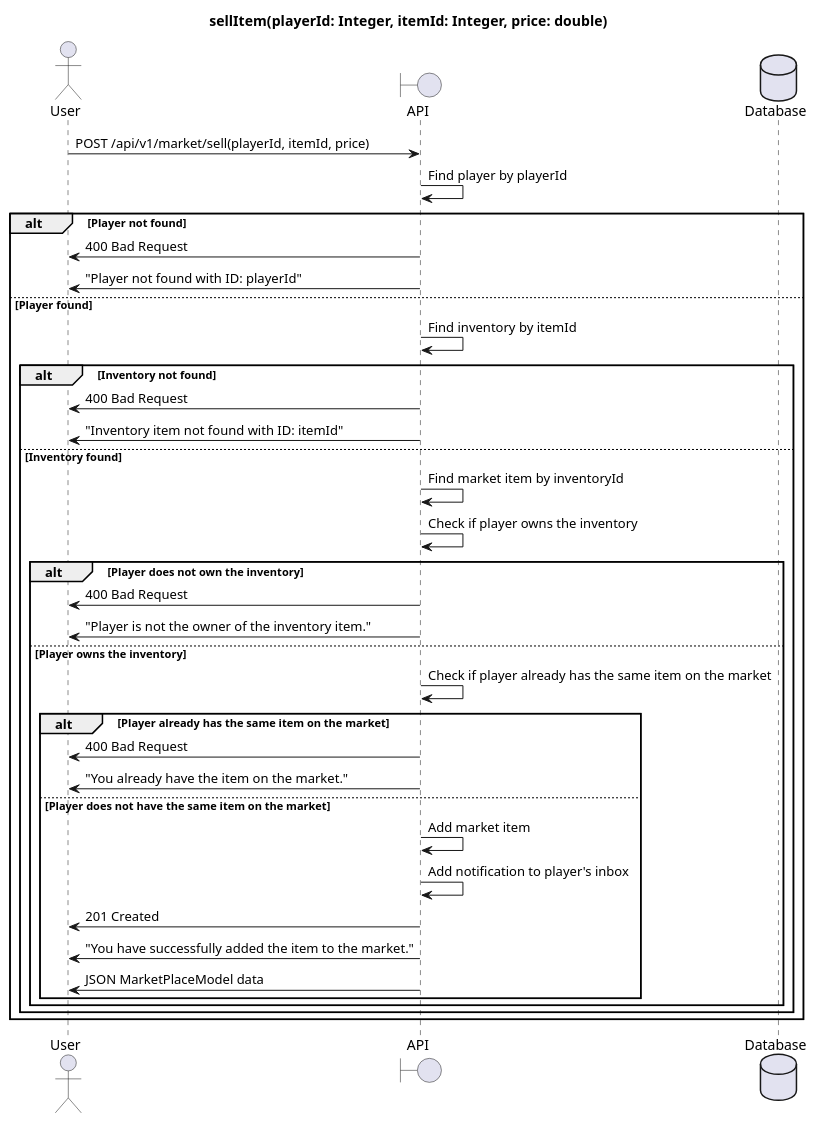
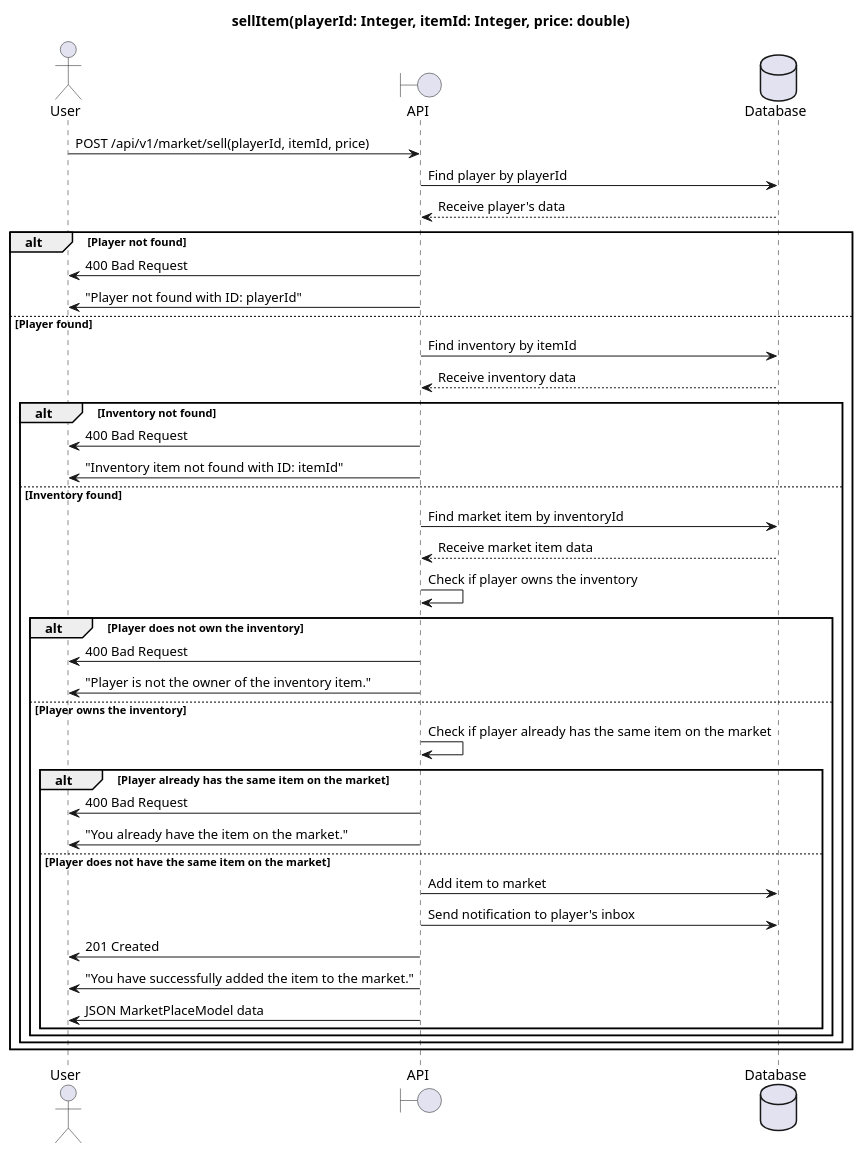
The diagram in PlantUML/Marketplace/sellItem.puml (b6428259/PriorLab1), drawn with PlantUML before and after one commit. The commit also changed 21 other files, not shown here.

```diff
--- a/PlantUML/Marketplace/sellItem.puml
+++ b/PlantUML/Marketplace/sellItem.puml
@@ -1,40 +1,43 @@
 @startuml
 title sellItem(playerId: Integer, itemId: Integer, price: double)
 
 actor User as u
 boundary API as a
 database Database as d
 
 u->a : POST /api/v1/market/sell(playerId, itemId, price)
-a->a : Find player by playerId
+a->d : Find player by playerId
+d-->a : Receive player's data
 alt Player not found
     a->u : 400 Bad Request
     a->u : "Player not found with ID: playerId"
 else Player found
-    a->a : Find inventory by itemId
+    a->d : Find inventory by itemId
+    d-->a : Receive inventory data
     alt Inventory not found
         a->u : 400 Bad Request
         a->u : "Inventory item not found with ID: itemId"
     else Inventory found
-        a->a : Find market item by inventoryId
+        a->d : Find market item by inventoryId
+        d-->a : Receive market item data
         a->a : Check if player owns the inventory
         alt Player does not own the inventory
             a->u : 400 Bad Request
             a->u : "Player is not the owner of the inventory item."
         else Player owns the inventory
             a->a : Check if player already has the same item on the market
             alt Player already has the same item on the market
                 a->u : 400 Bad Request
                 a->u : "You already have the item on the market."
             else Player does not have the same item on the market
-                a->a : Add market item
-                a->a : Add notification to player's inbox
+                a->d : Add item to market
+                a->d : Send notification to player's inbox
                 a->u : 201 Created
                 a->u : "You have successfully added the item to the market."
                 a->u : JSON MarketPlaceModel data
             end
         end
     end
 end
 
 @enduml
```
